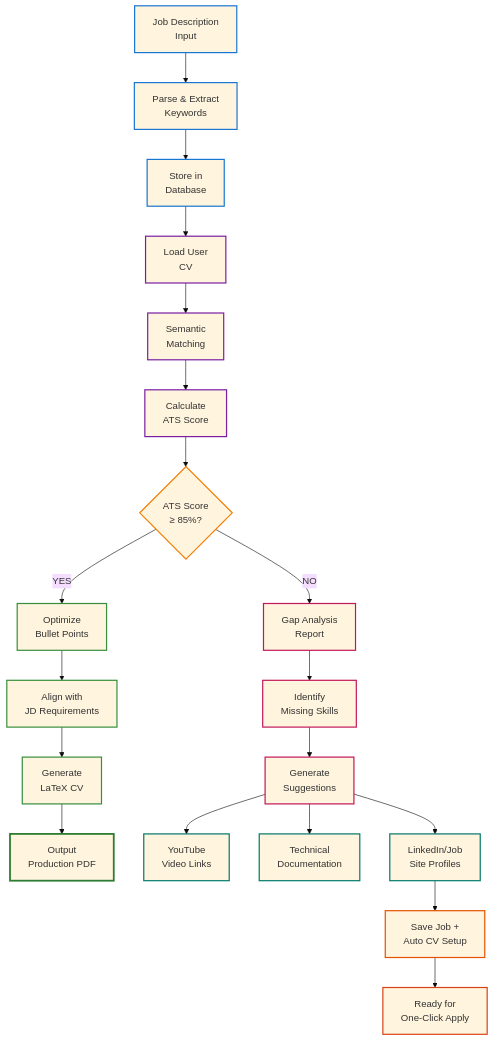
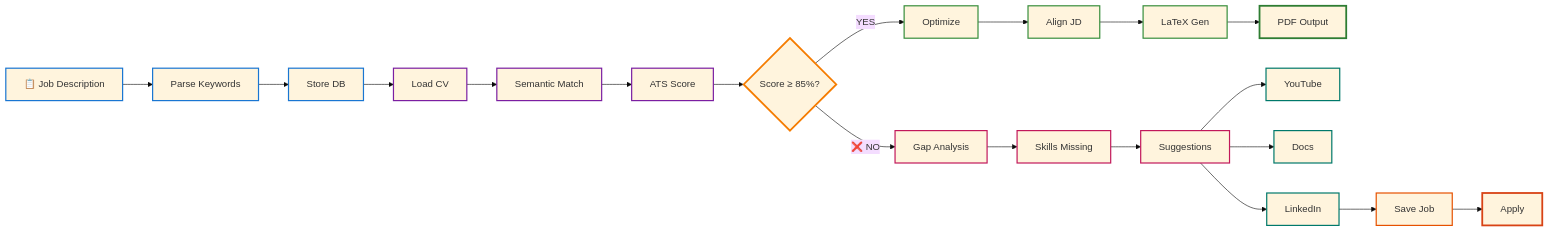
Before and after one commit to Kaviya242709/Resume-Builder-: the second of 2 diagrams in README.md, drawn with Mermaid (base theme). The commit also changed other lines of this file, not shown here.

````diff
--- a/README.md
+++ b/README.md
@@ -51,53 +58,52 @@
 ```mermaid
-graph TD
-    A["Job Description<br/>Input"] --> B["Parse & Extract<br/>Keywords"]
-    B --> C["Store in<br/>Database"]
+graph LR
+    A["📋 Job Description"] --> B["Parse Keywords"]
+    B --> C["Store DB"]
+    C --> D["Load CV"]
+    D --> E["Semantic Match"]
+    E --> F["ATS Score"]
     
-    C --> D["Load User<br/>CV"]
-    D --> E["Semantic<br/>Matching"]
-    E --> F["Calculate<br/>ATS Score"]
+    F --> G{Score ≥ 85%?}
     
-    F --> G{ATS Score<br/>≥ 85%?}
+    G -->|YES| H["Optimize"]
+    H --> I["Align JD"]
+    I --> J["LaTeX Gen"]
+    J --> K["PDF Output"]
     
-    G -->|YES| H["Optimize<br/>Bullet Points"]
-    H --> I["Align with<br/>JD Requirements"]
-    I --> J["Generate<br/>LaTeX CV"]
-    J --> K["Output<br/>Production PDF"]
+    G -->|❌ NO| L["Gap Analysis"]
+    L --> M["Skills Missing"]
+    M --> N["Suggestions"]
     
-    G -->|NO| L["Gap Analysis<br/>Report"]
-    L --> M["Identify<br/>Missing Skills"]
-    M --> N["Generate<br/>Suggestions"]
+    N --> O["YouTube"]
+    N --> P["Docs"]
+    N --> Q["LinkedIn"]
     
-    N --> O["YouTube<br/>Video Links"]
-    N --> P["Technical<br/>Documentation"]
-    N --> Q["LinkedIn/Job<br/>Site Profiles"]
-    
-    Q --> R["Save Job +<br/>Auto CV Setup"]
-    R --> S["Ready for<br/>One-Click Apply"]
+    Q --> R["Save Job"]
+    R --> S["Apply"]
     
     style A stroke:#1976d2,stroke-width:2px
     style B stroke:#1976d2,stroke-width:2px
     style C stroke:#1976d2,stroke-width:2px
     
     style D stroke:#7b1fa2,stroke-width:2px
     style E stroke:#7b1fa2,stroke-width:2px
     style F stroke:#7b1fa2,stroke-width:2px
     
-    style G stroke:#f57c00,stroke-width:2px
+    style G stroke:#f57c00,stroke-width:3px
     
     style H stroke:#388e3c,stroke-width:2px
     style I stroke:#388e3c,stroke-width:2px
     style J stroke:#388e3c,stroke-width:2px
     style K stroke:#2e7d32,stroke-width:3px
     
     style L stroke:#c2185b,stroke-width:2px
     style M stroke:#c2185b,stroke-width:2px
     style N stroke:#c2185b,stroke-width:2px
     
     style O stroke:#00796b,stroke-width:2px
     style P stroke:#00796b,stroke-width:2px
     style Q stroke:#00796b,stroke-width:2px
     
     style R stroke:#e65100,stroke-width:2px
-    style S stroke:#d84315,stroke-width:2px
+    style S stroke:#d84315,stroke-width:3px
 ```
````
